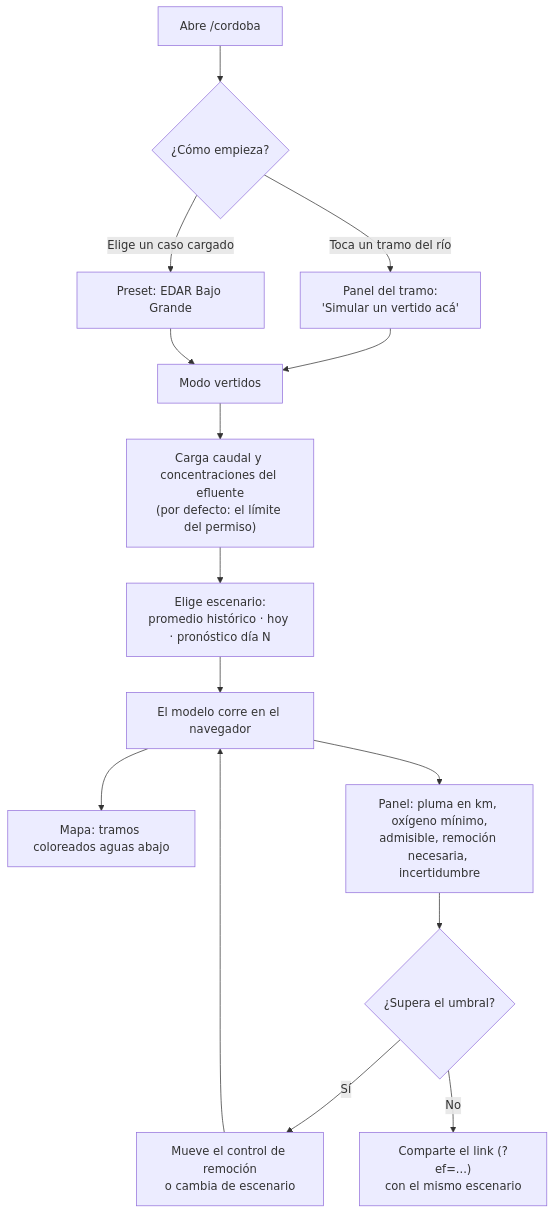
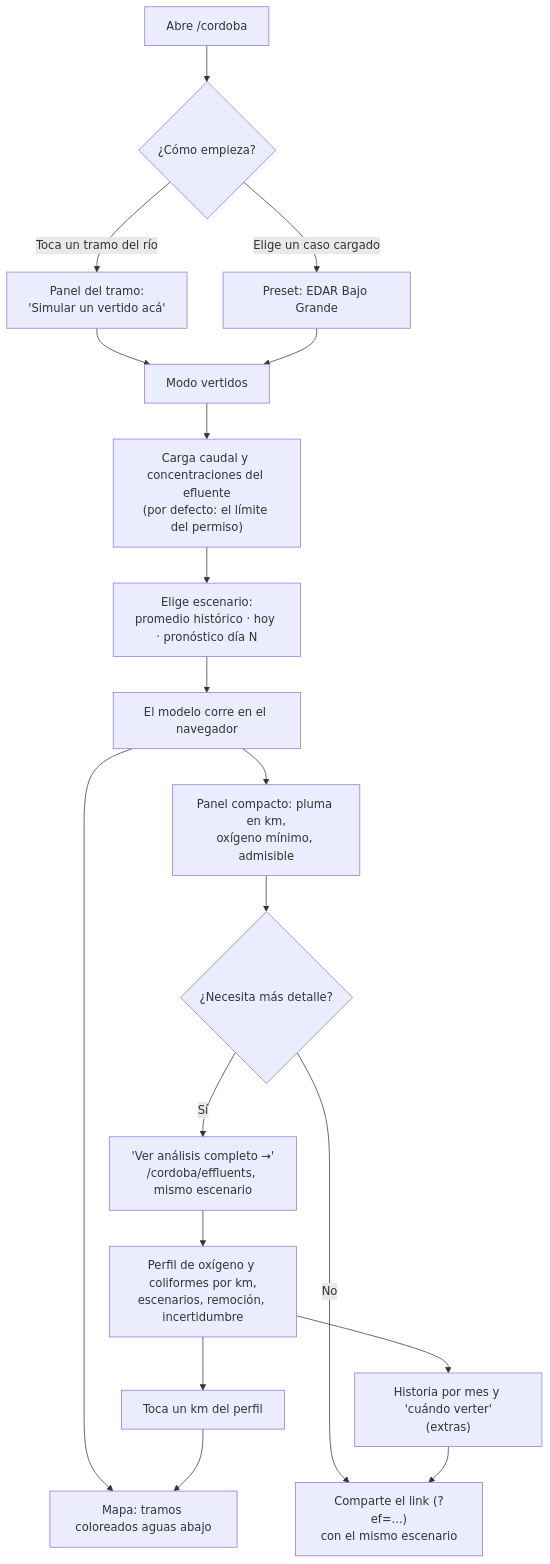
The second of 3 diagrams in context/phases/e1/resumen-proyecto.md (maggioniduffy/rionegro-basin-explorer), drawn with Mermaid before and after one commit. The commit also changed other lines of this file and 3 other files, not shown here.

````diff
--- a/context/phases/e1/resumen-proyecto.md
+++ b/context/phases/e1/resumen-proyecto.md
@@ -112,17 +138,21 @@
 ```mermaid
 flowchart TD
   A["Abre /cordoba"] --> B{"¿Cómo empieza?"}
   B -- "Toca un tramo del río" --> C["Panel del tramo:<br/>'Simular un vertido acá'"]
   B -- "Elige un caso cargado" --> D["Preset: EDAR Bajo Grande"]
   C --> E["Modo vertidos"]
   D --> E
   E --> F["Carga caudal y concentraciones del efluente<br/>(por defecto: el límite del permiso)"]
   F --> G["Elige escenario:<br/>promedio histórico · hoy · pronóstico día N"]
   G --> H["El modelo corre en el navegador"]
   H --> I["Mapa: tramos coloreados aguas abajo"]
-  H --> J["Panel: pluma en km, oxígeno mínimo,<br/>admisible, remoción necesaria, incertidumbre"]
-  J --> K{"¿Supera el umbral?"}
-  K -- "Sí" --> L["Mueve el control de remoción<br/>o cambia de escenario"]
-  L --> H
+  H --> J["Panel compacto: pluma en km,<br/>oxígeno mínimo, admisible"]
+  J --> K{"¿Necesita más detalle?"}
   K -- "No" --> M["Comparte el link (?ef=...)<br/>con el mismo escenario"]
+  K -- "Sí" --> P["'Ver análisis completo →'<br/>/cordoba/effluents, mismo escenario"]
+  P --> Q["Perfil de oxígeno y coliformes por km,<br/>escenarios, remoción, incertidumbre"]
+  Q --> R["Historia por mes y 'cuándo verter'<br/>(extras)"]
+  Q --> S["Toca un km del perfil"]
+  S --> I
+  R --> M
 ```
````
